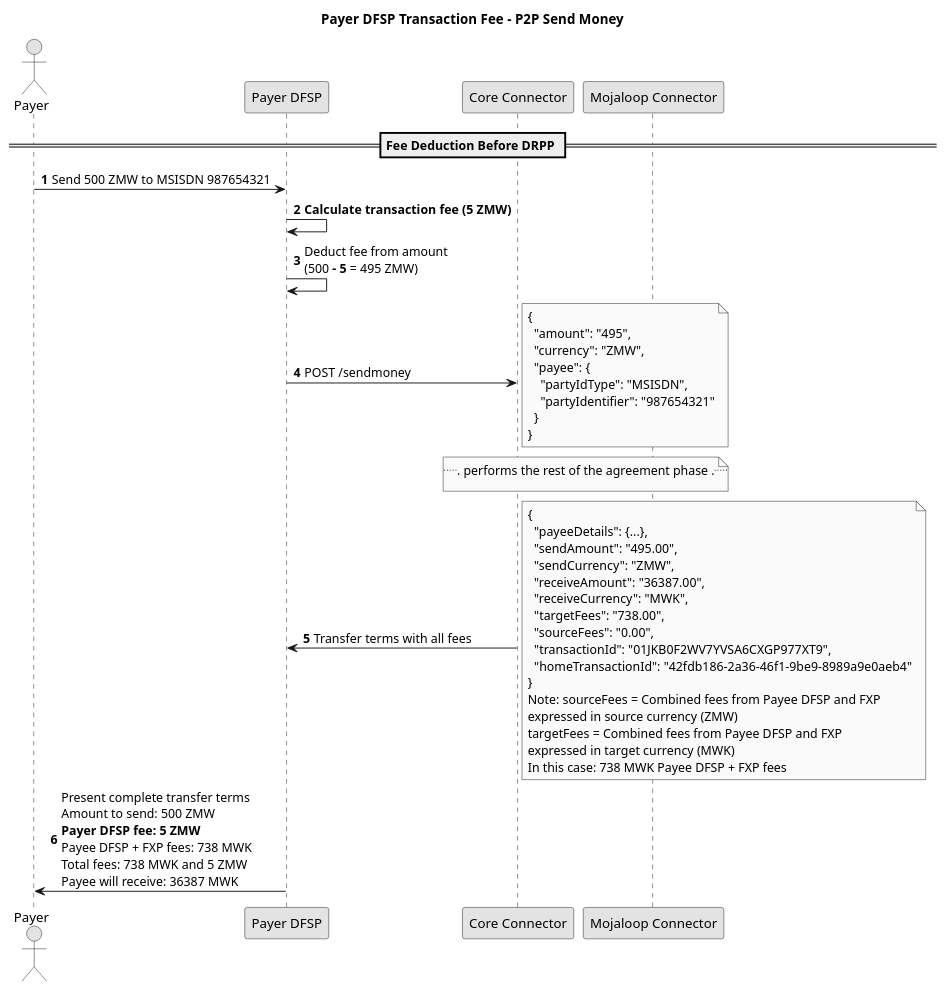
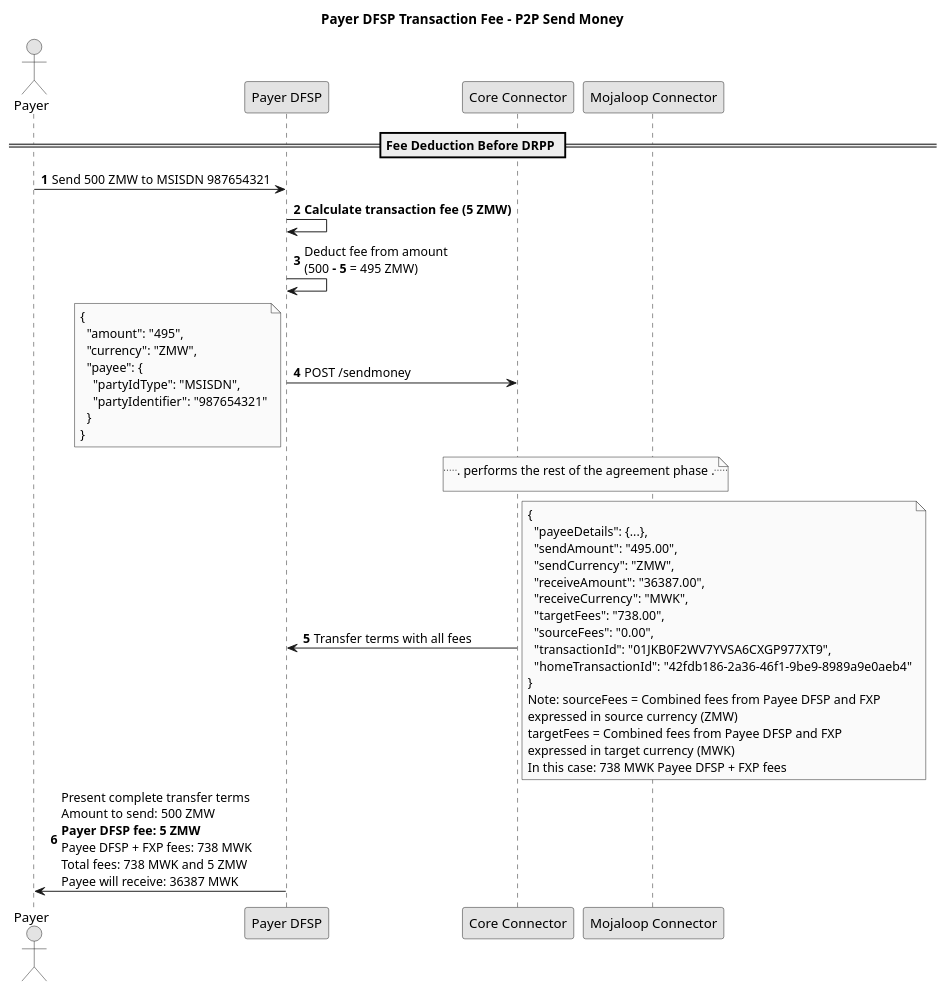
Before and after one commit to infitx-org/participation-tool-docs: the diagram in md-docs/fees/SequenceDiagram/PayerDFSP_P2P_Fees - agreement.plantuml, drawn with PlantUML. The commit also changed 13 other files, not shown here.

```diff
--- a/md-docs/fees/SequenceDiagram/PayerDFSP_P2P_Fees - agreement.plantuml
+++ b/md-docs/fees/SequenceDiagram/PayerDFSP_P2P_Fees - agreement.plantuml
@@ -1,52 +1,52 @@
 @startuml PayerDFSP_P2P_Fees - agreement
 title Payer DFSP Transaction Fee - P2P Send Money
 skinparam monochrome true
 autonumber
 
 actor "Payer" as Payer
 participant "Payer DFSP" as PayerFSP
 participant "Core Connector" as CC
 participant "Mojaloop Connector" as MC
 
 == Fee Deduction Before DRPP ==
 Payer -> PayerFSP: Send 500 ZMW to MSISDN 987654321
 PayerFSP -> PayerFSP: **Calculate transaction fee (5 ZMW)**
 PayerFSP -> PayerFSP: Deduct fee from amount\n(500 **- 5** = 495 ZMW)
 
 PayerFSP -> CC: POST /sendmoney
-note right
+note left
 {
   "amount": "495",
   "currency": "ZMW",
   "payee": {
     "partyIdType": "MSISDN",
     "partyIdentifier": "987654321"
   }
 }
 end note
 note over MC, CC: ... performs the rest of the agreement phase ...
 
 CC -> PayerFSP: Transfer terms with all fees
 note right
 {
   "payeeDetails": {...},
   "sendAmount": "495.00",
   "sendCurrency": "ZMW",
   "receiveAmount": "36387.00",
   "receiveCurrency": "MWK",
   "targetFees": "738.00",
   "sourceFees": "0.00",
   "transactionId": "01JKB0F2WV7YVSA6CXGP977XT9",
   "homeTransactionId": "42fdb186-2a36-46f1-9be9-8989a9e0aeb4"
 }
 Note: sourceFees = Combined fees from Payee DFSP and FXP 
 expressed in source currency (ZMW)
 targetFees = Combined fees from Payee DFSP and FXP 
 expressed in target currency (MWK)
 In this case: 738 MWK Payee DFSP + FXP fees
 end note
 
 PayerFSP -> Payer: Present complete transfer terms\nAmount to send: 500 ZMW\n**Payer DFSP fee: 5 ZMW**\nPayee DFSP + FXP fees: 738 MWK\nTotal fees: 738 MWK and 5 ZMW\nPayee will receive: 36387 MWK
 
 
 @enduml
```
